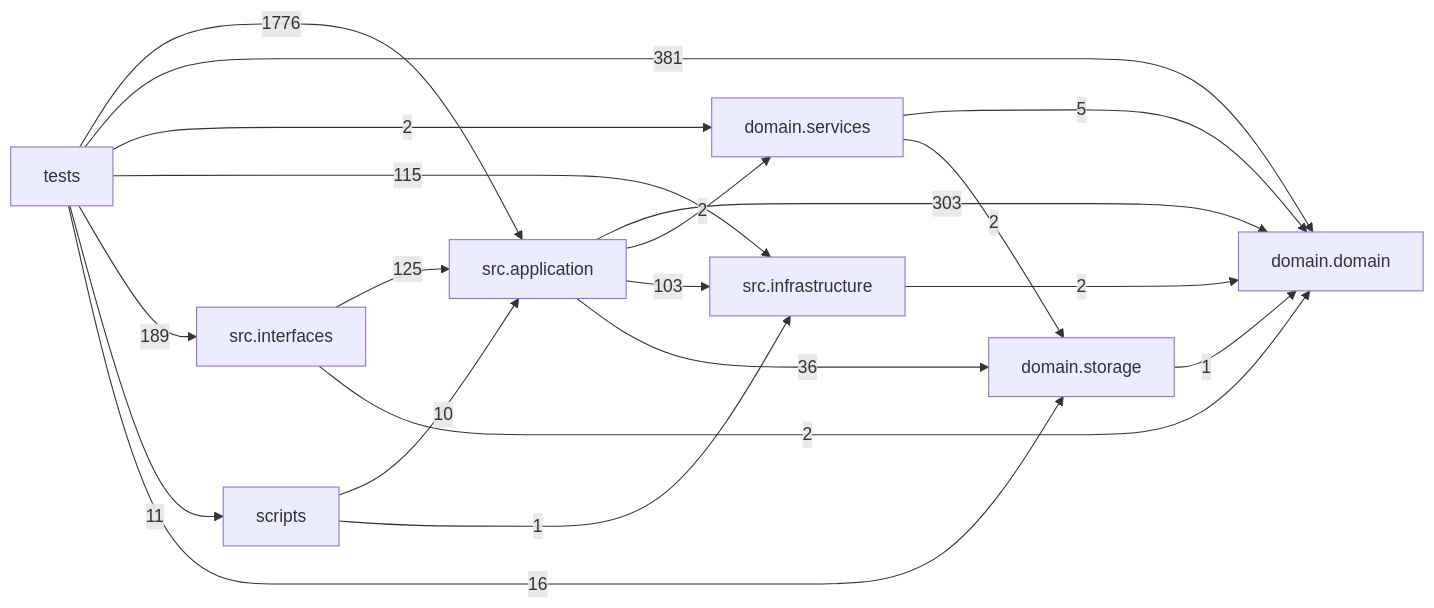
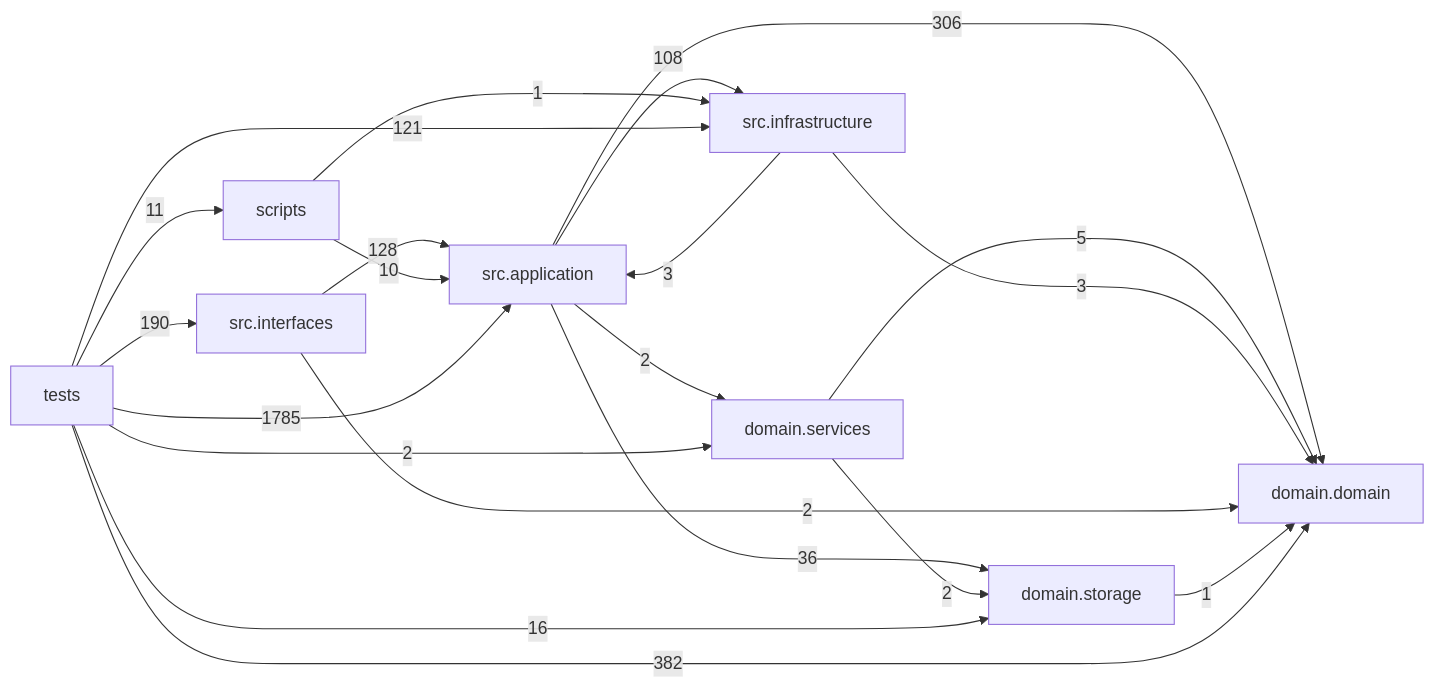
The diagram in docs/DEPENDENCY_GRAPH.md (liuxie066/options-monitor), drawn with Mermaid before and after one commit. The commit also changed other lines of this file and 39 other files, not shown here.

````diff
--- a/docs/DEPENDENCY_GRAPH.md
+++ b/docs/DEPENDENCY_GRAPH.md
@@ -24,30 +24,31 @@
 ```mermaid
 flowchart LR
   tests["tests"]
   scripts["scripts"]
   interfaces["src.interfaces"]
   application["src.application"]
   infrastructure["src.infrastructure"]
   domain_services["domain.services"]
   domain["domain.domain"]
   storage["domain.storage"]
-  application -->|303| domain
+  application -->|306| domain
   application -->|2| domain_services
-  application -->|103| infrastructure
+  application -->|108| infrastructure
   application -->|36| storage
   domain_services -->|5| domain
   domain_services -->|2| storage
-  infrastructure -->|2| domain
-  interfaces -->|125| application
+  infrastructure -->|3| application
+  infrastructure -->|3| domain
+  interfaces -->|128| application
   interfaces -->|2| domain
   scripts -->|10| application
   scripts -->|1| infrastructure
   storage -->|1| domain
-  tests -->|1776| application
-  tests -->|381| domain
+  tests -->|1785| application
+  tests -->|382| domain
   tests -->|2| domain_services
-  tests -->|115| infrastructure
-  tests -->|189| interfaces
+  tests -->|121| infrastructure
+  tests -->|190| interfaces
   tests -->|11| scripts
   tests -->|16| storage
 ```
````
